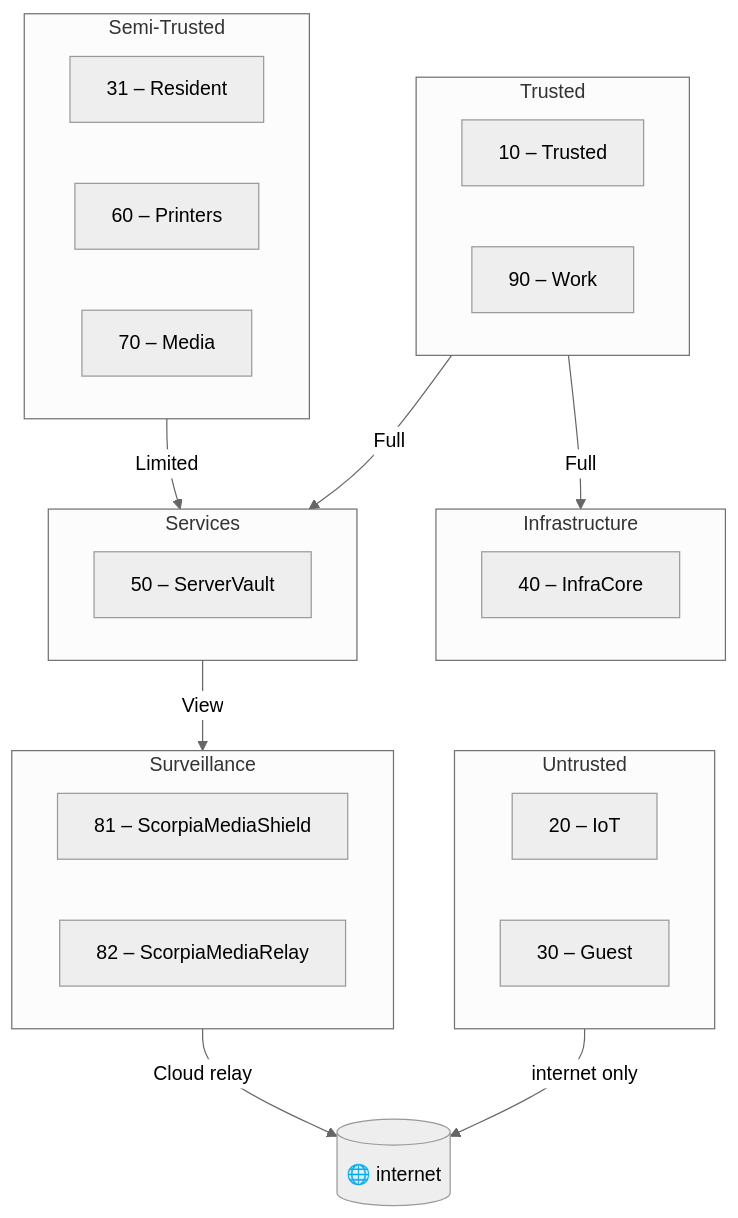
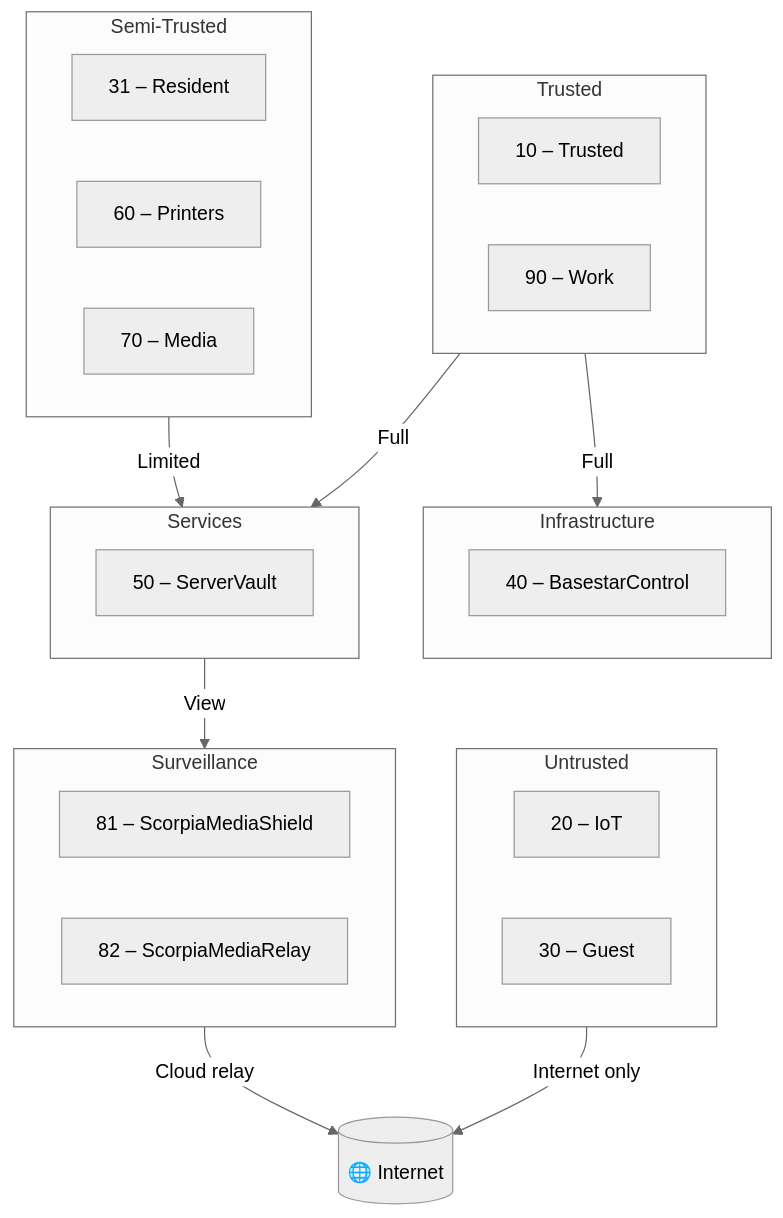
One commit to th3Wheel/Battlestar-Ventana-Network-Blueprint changed the diagram in docs/Project_Architecture_Blueprint.md. Above: the diagram before and after it, drawn with Mermaid (neutral theme). The commit also changed other lines of this file and 46 other files, not shown here.

````diff
--- a/docs/Project_Architecture_Blueprint.md
+++ b/docs/Project_Architecture_Blueprint.md
@@ -68,35 +68,35 @@
 ```mermaid
 flowchart TB
   subgraph Trusted[Trusted]
     V10[10 – Trusted]
     V90[90 – Work]
   end
   subgraph SemiTrusted[Semi‑Trusted]
     V31[31 – Resident]
     V60[60 – Printers]
     V70[70 – Media]
   end
   subgraph Untrusted[Untrusted]
     V20[20 – IoT]
     V30[30 – Guest]
   end
   subgraph Services[Services]
     V50[50 – ServerVault]
   end
   subgraph Infra[Infrastructure]
-    V40[40 – InfraCore]
+    V40[40 – BasestarControl]
   end
   subgraph Surveillance[Surveillance]
     V81[81 – ScorpiaMediaShield]
     V82[82 – ScorpiaMediaRelay]
   end
 
-  internet[(🌐 internet)]
+  Internet[(🌐 Internet)]
 
-  Untrusted -- internet only --> internet
+  Untrusted -- Internet only --> Internet
   SemiTrusted -- Limited --> Services
   Trusted -- Full --> Services
   Trusted -- Full --> Infra
   Services -- View --> Surveillance
-  Surveillance -- Cloud relay --> internet
+  Surveillance -- Cloud relay --> Internet
 ```
````
